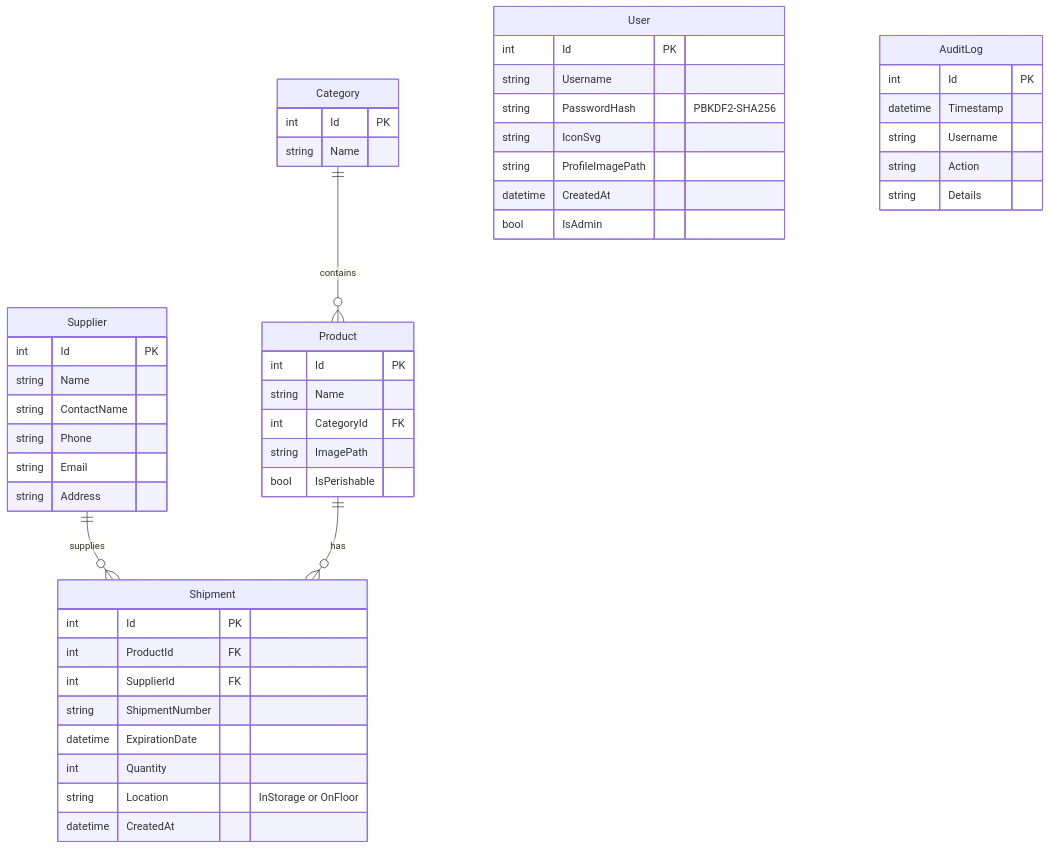
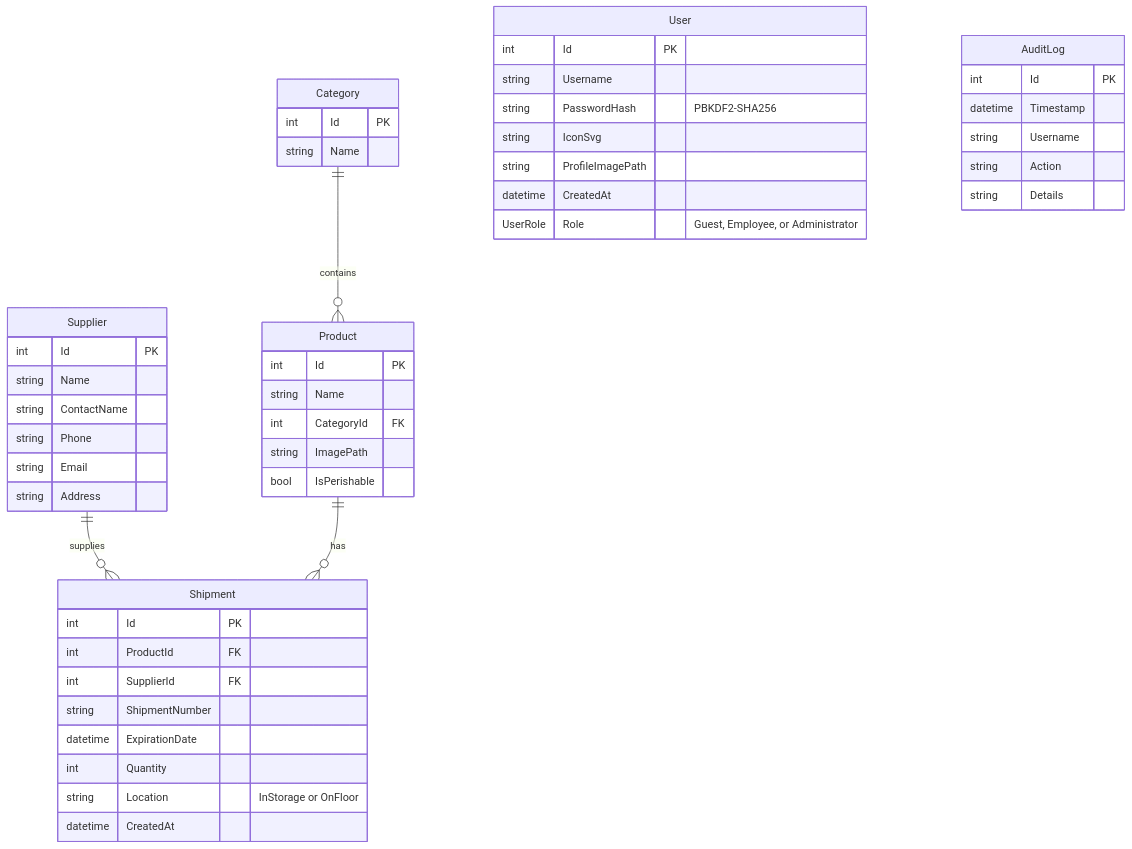
The second of 2 diagrams in README.md (bayliss512/GroceryInventoryTracker), drawn with Mermaid before and after one commit. The commit also changed other lines of this file and 15 other files, not shown here.

Commit message:
Default guest role

````diff
--- a/README.md
+++ b/README.md
@@ -90,52 +95,52 @@
 ```mermaid
 erDiagram
     Category ||--o{ Product : contains
     Supplier ||--o{ Shipment : supplies
     Product ||--o{ Shipment : "has"
 
     Category {
         int Id PK
         string Name
     }
     Product {
         int Id PK
         string Name
         int CategoryId FK
         string ImagePath
         bool IsPerishable
     }
     Supplier {
         int Id PK
         string Name
         string ContactName
         string Phone
         string Email
         string Address
     }
     Shipment {
         int Id PK
         int ProductId FK
         int SupplierId FK
         string ShipmentNumber
         datetime ExpirationDate
         int Quantity
         string Location "InStorage or OnFloor"
         datetime CreatedAt
     }
     User {
         int Id PK
         string Username
         string PasswordHash "PBKDF2-SHA256"
         string IconSvg
         string ProfileImagePath
         datetime CreatedAt
-        bool IsAdmin
+        UserRole Role "Guest, Employee, or Administrator"
     }
     AuditLog {
         int Id PK
         datetime Timestamp
         string Username
         string Action
         string Details
     }
 ```
````
